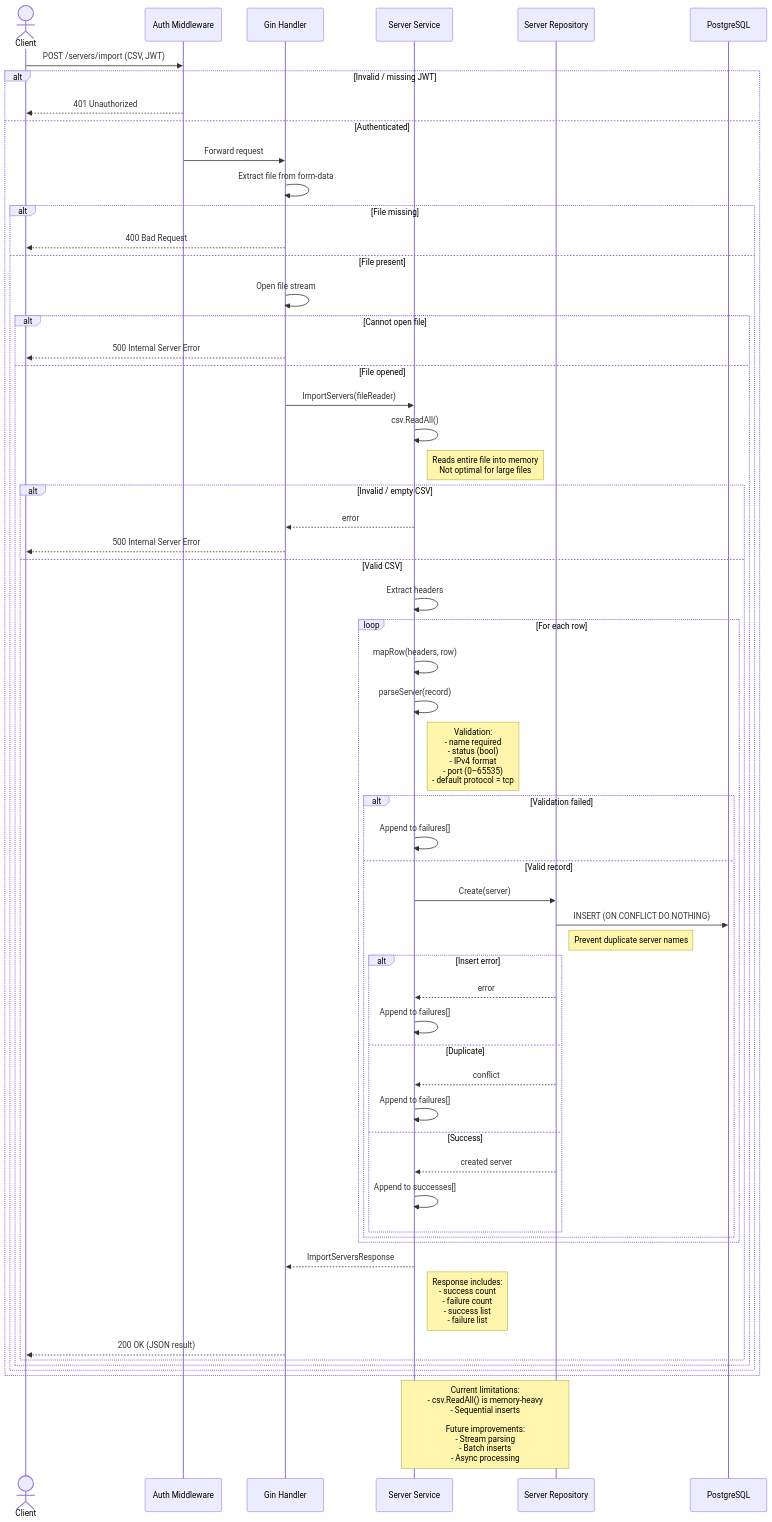
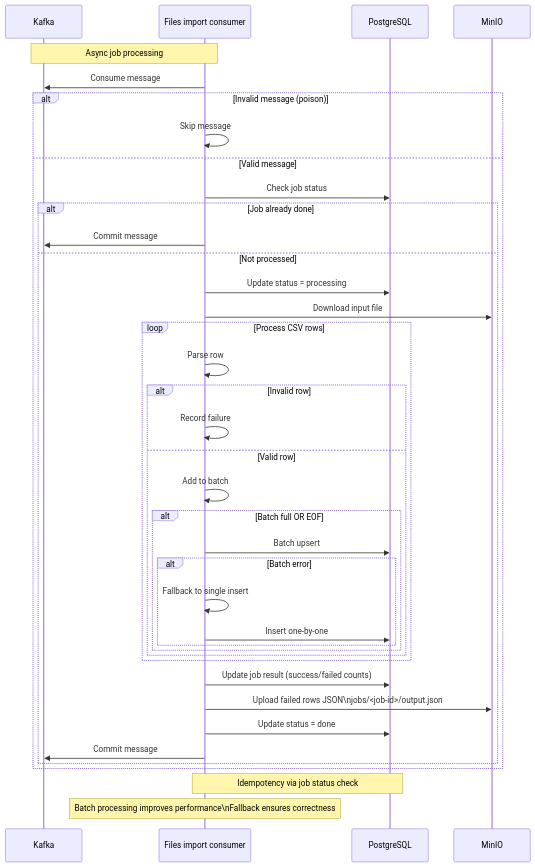
The seventh of 11 diagrams in DESIGN.md (HenryNg101/Server-Management-System), drawn with Mermaid before and after one commit. The commit also changed other lines of this file, not shown here.

````diff
--- a/DESIGN.md
+++ b/DESIGN.md
@@ -319,79 +464,59 @@
-   ```mermaid
-   sequenceDiagram
+      ```mermaid
+         sequenceDiagram
 
-   actor Client
-   participant Middleware as Auth Middleware
-   participant Handler as Gin Handler
-   participant Service as Server Service
-   participant Repo as Server Repository
-   participant DB as PostgreSQL
+         participant Kafka
+         participant Worker as Files import consumer
+         participant DB as PostgreSQL
+         participant MinIO
 
-   Client->>Middleware: POST /servers/import (CSV, JWT)
+         Note over Kafka,Worker: Async job processing
 
-   alt Invalid / missing JWT
-      Middleware-->>Client: 401 Unauthorized
-   else Authenticated
-      Middleware->>Handler: Forward request
+         Worker->>Kafka: Consume message
 
-      Handler->>Handler: Extract file from form-data
+         alt Invalid message (poison)
+            Worker->>Worker: Skip message
+         else Valid message
 
-      alt File missing
-         Handler-->>Client: 400 Bad Request
-      else File present
-         Handler->>Handler: Open file stream
+            Worker->>DB: Check job status
 
-         alt Cannot open file
-               Handler-->>Client: 500 Internal Server Error
-         else File opened
+            alt Job already done
+                  Worker->>Kafka: Commit message
+            else Not processed
 
-               Handler->>Service: ImportServers(fileReader)
+                  Worker->>DB: Update status = processing
 
-               Service->>Service: csv.ReadAll()
-               Note right of Service: Reads entire file into memory<br>Not optimal for large files
+                  Worker->>MinIO: Download input file
 
-               alt Invalid / empty CSV
-                  Service-->>Handler: error
-                  Handler-->>Client: 500 Internal Server Error
-               else Valid CSV
+                  loop Process CSV rows
+                     Worker->>Worker: Parse row
 
-                  Service->>Service: Extract headers
+                     alt Invalid row
+                        Worker->>Worker: Record failure
+                     else Valid row
+                        Worker->>Worker: Add to batch
 
-                  loop For each row
-                     Service->>Service: mapRow(headers, row)
-                     Service->>Service: parseServer(record)
+                        alt Batch full OR EOF
+                              Worker->>DB: Batch upsert
 
-                     Note right of Service: Validation:<br>- name required<br>- status (bool)<br>- IPv4 format<br>- port (0–65535)<br>- default protocol = tcp
-
-                     alt Validation failed
-                           Service->>Service: Append to failures[]
-                     else Valid record
-                           Service->>Repo: Create(server)
-
-                           Repo->>DB: INSERT (ON CONFLICT DO NOTHING)
-                           Note right of Repo: Prevent duplicate server names
-
-                           alt Insert error
-                              Repo-->>Service: error
-                              Service->>Service: Append to failures[]
-                           else Duplicate
-                              Repo-->>Service: conflict
-                              Service->>Service: Append to failures[]
-                           else Success
-                              Repo-->>Service: created server
-                              Service->>Service: Append to successes[]
-                           end
+                              alt Batch error
+                                 Worker->>Worker: Fallback to single insert
+                                 Worker->>DB: Insert one-by-one
+                              end
+                        end
                      end
                   end
 
-                  Service-->>Handler: ImportServersResponse
+                  Worker->>DB: Update job result (success/failed counts)
 
-                  Note right of Service: Response includes:<br>- success count<br>- failure count<br>- success list<br>- failure list
+                  Worker->>MinIO: Upload failed rows JSON\njobs/<job-id>/output.json
 
-                  Handler-->>Client: 200 OK (JSON result)
-               end
+                  Worker->>DB: Update status = done
+
+                  Worker->>Kafka: Commit message
+            end
          end
-      end
-   end
 
-   Note over Service,Repo: Current limitations:<br>- csv.ReadAll() is memory-heavy<br>- Sequential inserts<br><br>Future improvements:<br>- Stream parsing<br>- Batch inserts<br>- Async processing
-   ```
+         Note over Worker,DB: Idempotency via job status check
+
+         Note over Worker: Batch processing improves performance\nFallback ensures correctness
+      ```
````
